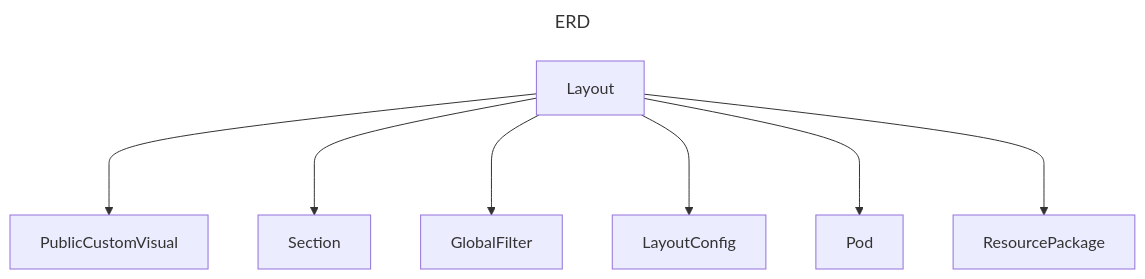
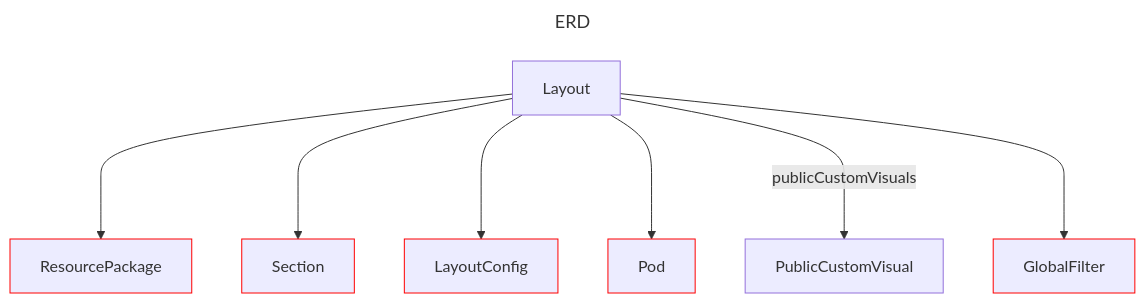
One commit to douglassimonsen/pbi_core changed the diagram in docs/docs/layout/erd/ERD.md. Above: the diagram before and after it, drawn with Mermaid. The commit also changed 77 other files, not shown here.

Commit message:
Updated to color code the layout ERD

````diff
--- a/docs/docs/layout/erd/ERD.md
+++ b/docs/docs/layout/erd/ERD.md
@@ -1,19 +1,24 @@
 ```mermaid
 ---
 title: ERD
 ---
 graph 
-2722113651744["Pod"]
-2722076166048["GlobalFilter"]
-2722254499040["LayoutConfig"]
-2722254473664["PublicCustomVisual"]
-2722254478544["Section"]
-2722113661504["ResourcePackage"]
-2722254507824["Layout"]
-2722254507824 ---> 2722254473664
-2722254507824 ---> 2722254478544
-2722254507824 ---> 2722076166048
-2722254507824 ---> 2722254499040
-2722254507824 ---> 2722113651744
-2722254507824 ---> 2722113661504
+2430693818560["PublicCustomVisual"]
+2430693847840["Layout"]
+2430071754320["GlobalFilter"]
+style 2430071754320 stroke:#ff0000,stroke-width:1px
+2430514896736["Pod"]
+style 2430514896736 stroke:#ff0000,stroke-width:1px
+2430514892832["ResourcePackage"]
+style 2430514892832 stroke:#ff0000,stroke-width:1px
+2430693817584["Section"]
+style 2430693817584 stroke:#ff0000,stroke-width:1px
+2430693841984["LayoutConfig"]
+style 2430693841984 stroke:#ff0000,stroke-width:1px
+2430693847840 ---> 2430514892832
+2430693847840 ---> 2430693817584
+2430693847840 ---> 2430693841984
+2430693847840 ---> 2430514896736
+2430693847840 --->|publicCustomVisuals| 2430693818560
+2430693847840 ---> 2430071754320
 ```
````
